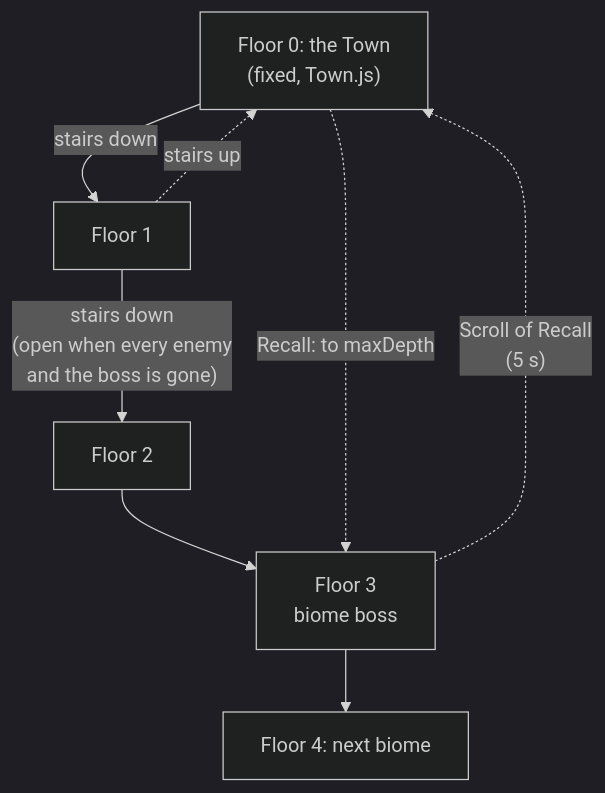
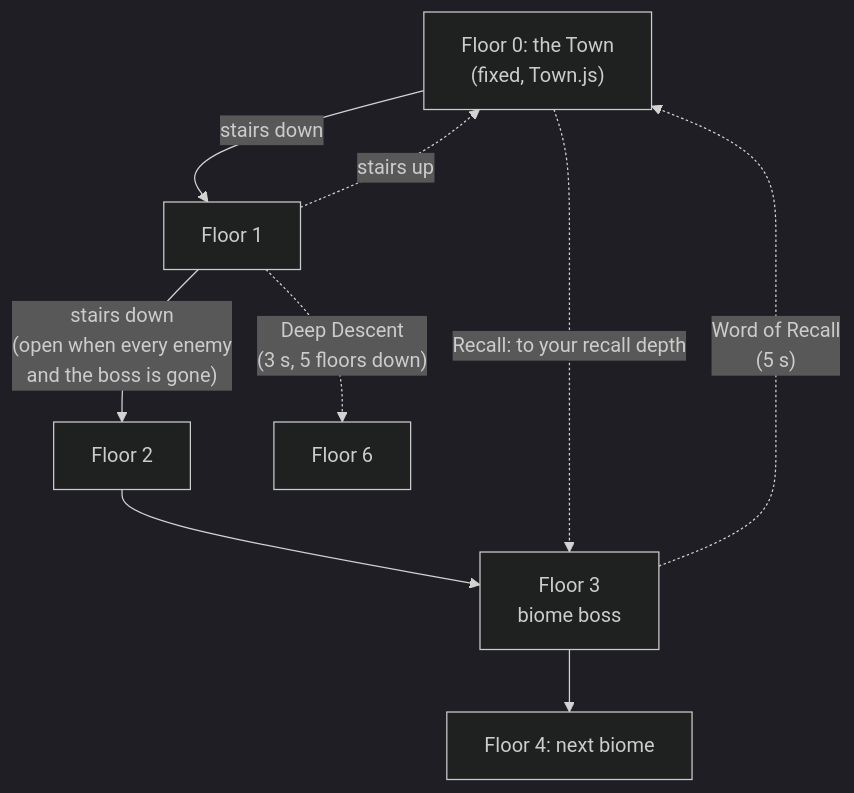
One commit to Kosovircek/Spell-Casters changed the second of 4 diagrams in docs/game-systems.md. Above: the diagram before and after it, drawn with Mermaid (dark theme). The commit also changed other lines of this file and 12 other files, not shown here.

First line of the commit message:
Angband-style Word of Recall and Deep Descent scrolls (#24)

````diff
--- a/docs/game-systems.md
+++ b/docs/game-systems.md
@@ -101,10 +101,11 @@
 ```mermaid
 flowchart TB
   T["Floor 0: the Town<br/>(fixed, Town.js)"] -- "stairs down" --> F1["Floor 1"]
   F1 -- "stairs down<br/>(open when every enemy<br/>and the boss is gone)" --> F2["Floor 2"]
   F2 --> F3["Floor 3<br/>biome boss"]
   F3 --> F4["Floor 4: next biome"]
   F1 -. "stairs up" .-> T
-  F3 -. "Scroll of Recall<br/>(5 s)" .-> T
-  T -. "Recall: to maxDepth" .-> F3
+  F3 -. "Word of Recall<br/>(5 s)" .-> T
+  T -. "Recall: to your recall depth" .-> F3
+  F1 -. "Deep Descent<br/>(3 s, 5 floors down)" .-> F6["Floor 6"]
 ```
````
